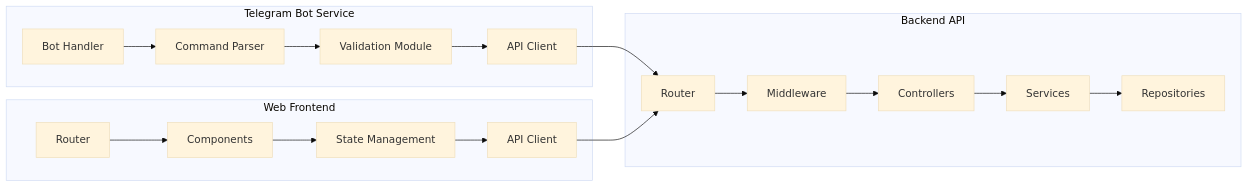
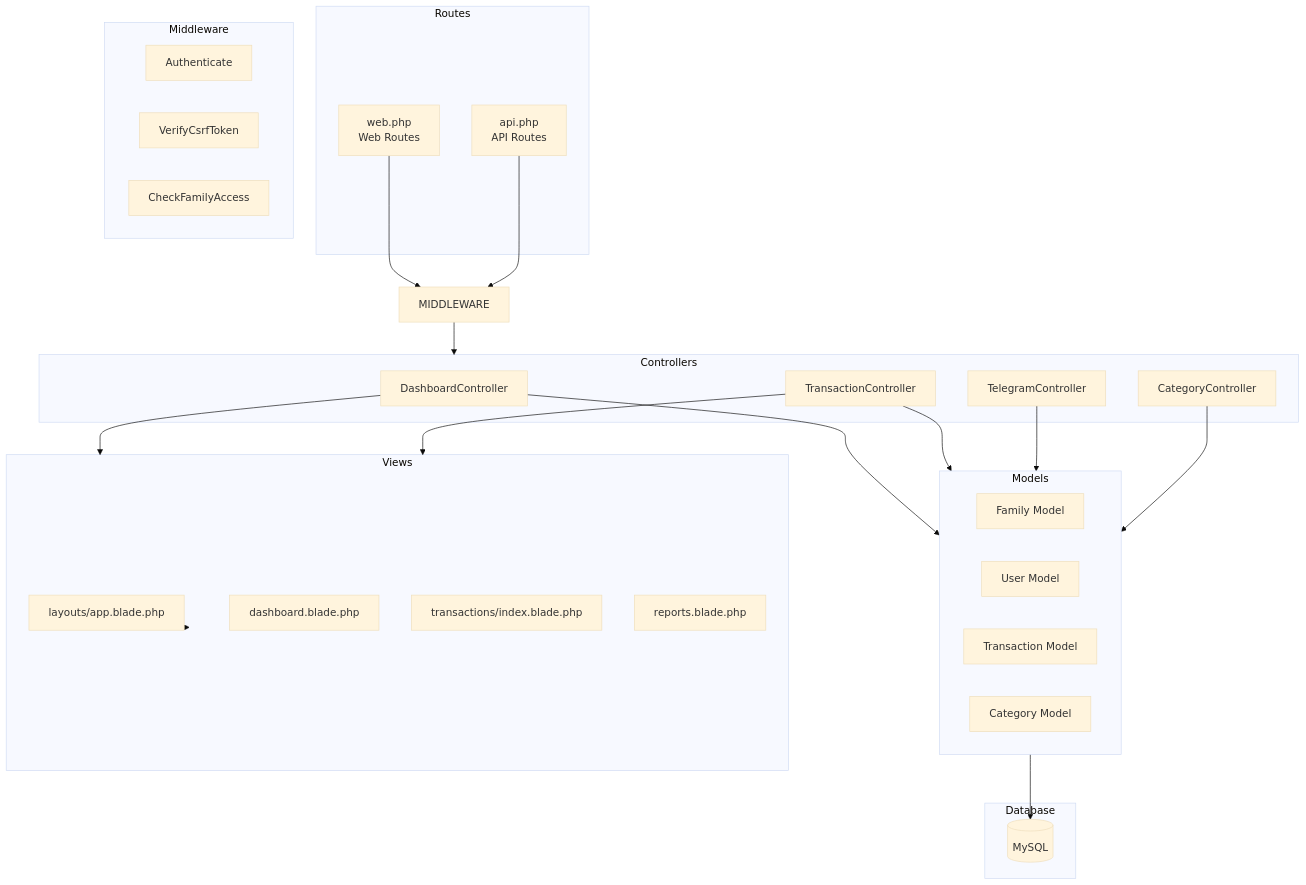
Before and after one commit to yadiabdillah/money_tracker: the fifth of 12 diagrams in architecture_diagram.md, drawn with Mermaid (base theme). The commit also changed other lines of this file and 3 other files, not shown here.

````diff
--- a/architecture_diagram.md
+++ b/architecture_diagram.md
@@ -169,39 +175,54 @@
 ```mermaid
-graph LR
-    subgraph Telegram Bot Service
-        BH[Bot Handler]
-        CP[Command Parser]
-        VM[Validation Module]
-        AC[API Client]
+graph TB
+    subgraph Routes
+        WEB[web.php<br/>Web Routes]
+        API[api.php<br/>API Routes]
     end
     
-    subgraph Backend API
-        RT[Router]
-        MW[Middleware]
-        CT[Controllers]
-        SV[Services]
-        RP[Repositories]
+    subgraph Middleware
+        AUTH[Authenticate]
+        CSRF[VerifyCsrfToken]
+        FAMILY[CheckFamilyAccess]
     end
     
-    subgraph Web Frontend
-        CP2[Components]
-        ST[State Management]
-        API2[API Client]
-        RT2[Router]
+    subgraph Controllers
+        DASH[DashboardController]
+        TRANS[TransactionController]
+        TELE[TelegramController]
+        CAT[CategoryController]
     end
     
-    BH --> CP
-    CP --> VM
-    VM --> AC
-    AC --> RT
+    subgraph Models
+        FAM[Family Model]
+        USER[User Model]
+        TRAN[Transaction Model]
+        CATE[Category Model]
+    end
     
-    RT --> MW
-    MW --> CT
-    CT --> SV
-    SV --> RP
+    subgraph Views
+        LAYOUT[layouts/app.blade.php]
+        DASHV[dashboard.blade.php]
+        TRANSV[transactions/index.blade.php]
+        REPV[reports.blade.php]
+    end
     
-    API2 --> RT
-    CP2 --> ST
-    ST --> API2
-    RT2 --> CP2
+    subgraph Database
+        DB[(MySQL)]
+    end
+    
+    WEB --> MIDDLEWARE
+    API --> MIDDLEWARE
+    MIDDLEWARE --> Controllers
+    
+    DASH --> Models
+    TRANS --> Models
+    TELE --> Models
+    CAT --> Models
+    
+    Models --> DB
+    
+    DASH --> Views
+    TRANS --> Views
+    
+    Views --> LAYOUT
 ```
````
